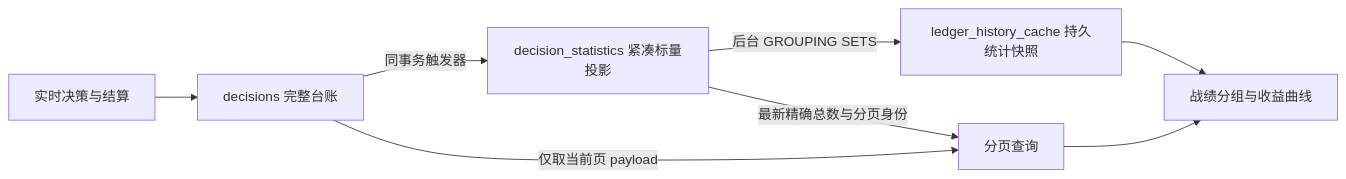
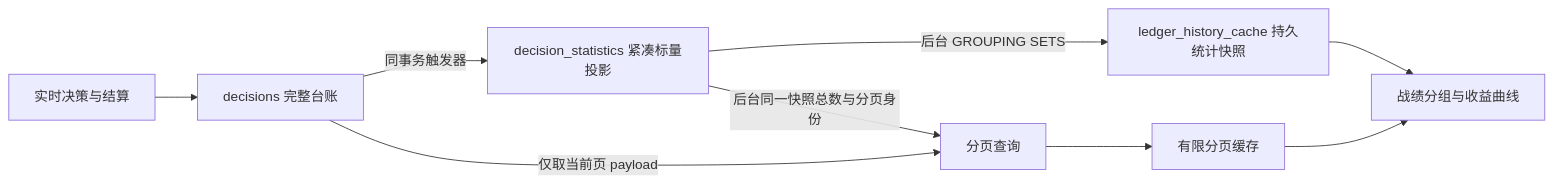
One commit to 1420970597/ai_football changed the diagram in docs/architecture/ledger-postgres-statistics.md. Above: the diagram before and after it, drawn with Mermaid. The commit also changed other lines of this file and 35 other files, not shown here.

````diff
--- a/docs/architecture/ledger-postgres-statistics.md
+++ b/docs/architecture/ledger-postgres-statistics.md
@@ -5,10 +5,11 @@
 ```mermaid
 flowchart LR
   A[实时决策与结算] --> B[decisions 完整台账]
   B -->|同事务触发器| C[decision_statistics 紧凑标量投影]
   C -->|后台 GROUPING SETS| D[ledger_history_cache 持久统计快照]
   D --> E[战绩分组与收益曲线]
-  C -->|最新精确总数与分页身份| F[分页查询]
+  C -->|后台同一快照总数与分页身份| F[分页查询]
   B -->|仅取当前页 payload| F
-  F --> E
+  F --> G[有限分页缓存]
+  G --> E
 ```
````
